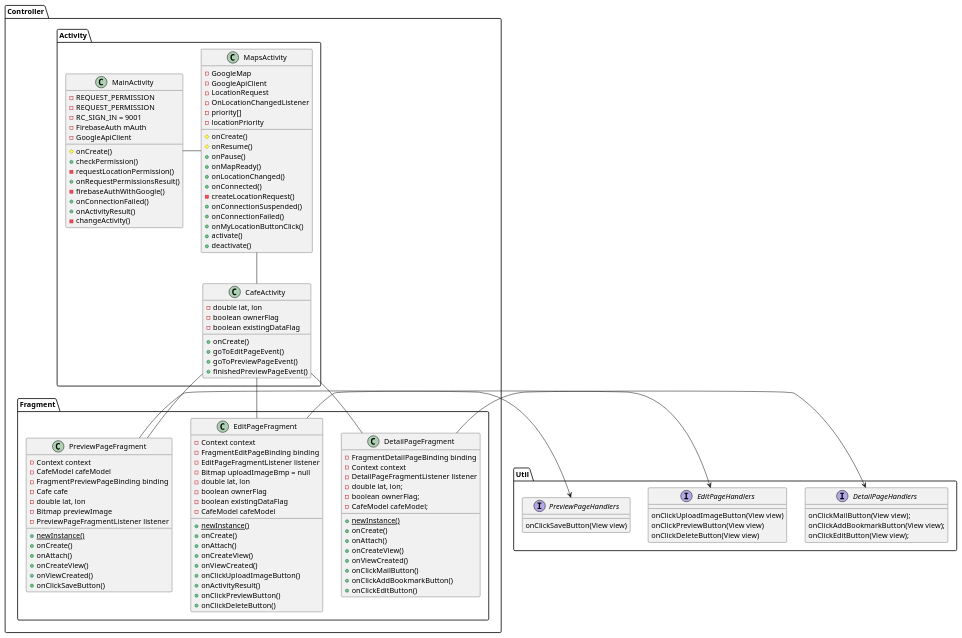
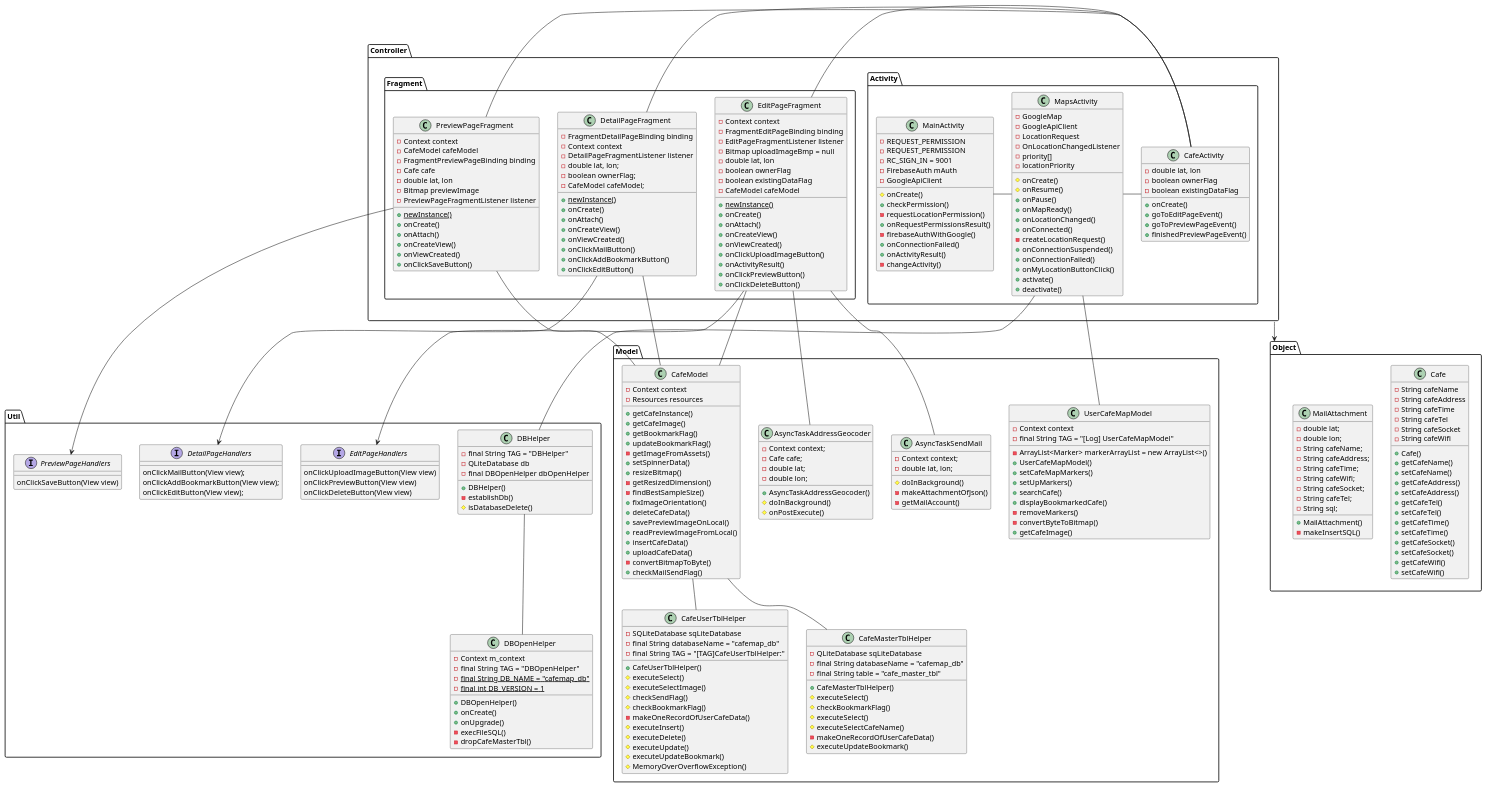
One commit to mustanghippie/CafeMap changed the diagram in app/src/main/java/drgn/cafemap/Diagram/ClassDiagram.puml. Above: the diagram before and after it, drawn with PlantUML. The commit also changed 10 other files, not shown here.

Commit message:
update uml

```diff
--- a/app/src/main/java/drgn/cafemap/Diagram/ClassDiagram.puml
+++ b/app/src/main/java/drgn/cafemap/Diagram/ClassDiagram.puml
@@ -131,14 +131,174 @@
     interface PreviewPageHandlers{
         onClickSaveButton(View view)
     }
+
+    class DBHelper{
+        -final String TAG = "DBHelper"
+        -QLiteDatabase db
+        -final DBOpenHelper dbOpenHelper
+        +DBHelper()
+        -establishDb()
+        #isDatabaseDelete()
+    }
+
+    class DBOpenHelper{
+        -Context m_context
+        -final String TAG = "DBOpenHelper"
+        -{static} final String DB_NAME = "cafemap_db"
+        -{static} final int DB_VERSION = 1
+        +DBOpenHelper()
+        +onCreate()
+        +onUpgrade()
+        -execFileSQL()
+        -dropCafeMasterTbl()
+    }
+}
+
+package Model{
+
+    class UserCafeMapModel{
+        -Context context
+        -ArrayList<Marker> markerArrayList = new ArrayList<>()
+        -final String TAG = "[Log] UserCafeMapModel"
+        +UserCafeMapModel()
+        +setCafeMapMarkers()
+        +setUpMarkers()
+        +searchCafe()
+        +displayBookmarkedCafe()
+        -removeMarkers()
+        -convertByteToBitmap()
+        +getCafeImage()
+    }
+
+    class CafeMasterTblHelper{
+        -QLiteDatabase sqLiteDatabase
+        -final String databaseName = "cafemap_db"
+        -final String table = "cafe_master_tbl"
+        +CafeMasterTblHelper()
+        #executeSelect()
+        #checkBookmarkFlag()
+        #executeSelect()
+        #executeSelectCafeName()
+        -makeOneRecordOfUserCafeData()
+        #executeUpdateBookmark()
+    }
+
+    class CafeUserTblHelper{
+        -SQLiteDatabase sqLiteDatabase
+        -final String databaseName = "cafemap_db"
+        -final String TAG = "[TAG]CafeUserTblHelper:"
+        +CafeUserTblHelper()
+        #executeSelect()
+        #executeSelectImage()
+        #checkSendFlag()
+        #checkBookmarkFlag()
+        -makeOneRecordOfUserCafeData()
+        #executeInsert()
+        #executeDelete()
+        #executeUpdate()
+        #executeUpdateBookmark()
+        #MemoryOverOverflowException()
+    }
+
+    class CafeModel{
+        -Context context
+        -Resources resources
+        +getCafeInstance()
+        +getCafeImage()
+        +getBookmarkFlag()
+        +updateBookmarkFlag()
+        -getImageFromAssets()
+        +setSpinnerData()
+        +resizeBitmap()
+        -getResizedDimension()
+        -findBestSampleSize()
+        +fixImageOrientation()
+        +deleteCafeData()
+        +savePreviewImageOnLocal()
+        +readPreviewImageFromLocal()
+        +insertCafeData()
+        +uploadCafeData()
+        -convertBitmapToByte()
+        +checkMailSendFlag()
+    }
+
+    class AsyncTaskAddressGeocoder{
+        -Context context;
+        -Cafe cafe;
+        -double lat;
+        -double lon;
+        +AsyncTaskAddressGeocoder()
+        #doInBackground()
+        #onPostExecute()
+    }
+
+    class AsyncTaskSendMail{
+        -Context context;
+        -double lat, lon;
+        #doInBackground()
+        -makeAttachmentOfJson()
+        -getMailAccount()
+    }
+}
+
+package Object{
+
+    class Cafe{
+        -String cafeName
+        -String cafeAddress
+        -String cafeTime
+        -String cafeTel
+        -String cafeSocket
+        -String cafeWifi
+        +Cafe()
+        +getCafeName()
+        +setCafeName()
+        +getCafeAddress()
+        +setCafeAddress()
+        +getCafeTel()
+        +setCafeTel()
+        +getCafeTime()
+        +setCafeTime()
+        +getCafeSocket()
+        +setCafeSocket()
+        +getCafeWifi()
+        +setCafeWifi()
+    }
+
+    class MailAttachment{
+        -double lat;
+        -double lon;
+        -String cafeName;
+        -String cafeAddress;
+        -String cafeTime;
+        -String cafeWifi;
+        -String cafeSocket;
+        -String cafeTel;
+        -String sql;
+        +MailAttachment()
+        -makeInsertSQL()
+    }
 }
 
 MainActivity - MapsActivity
-MapsActivity -- CafeActivity
-CafeActivity -- DetailPageFragment
+MapsActivity - CafeActivity
+CafeActivity - DetailPageFragment
 DetailPageFragment -> DetailPageHandlers
-CafeActivity -- EditPageFragment
+CafeActivity - EditPageFragment
 EditPageFragment -> EditPageHandlers
-CafeActivity -- PreviewPageFragment
+CafeActivity - PreviewPageFragment
 PreviewPageFragment -> PreviewPageHandlers
+DetailPageFragment -- CafeModel
+EditPageFragment -- CafeModel
+PreviewPageFragment -- CafeModel
+CafeModel -- CafeMasterTblHelper
+CafeModel -- CafeUserTblHelper
+MapsActivity -- UserCafeMapModel
+EditPageFragment - AsyncTaskAddressGeocoder
+EditPageFragment -- AsyncTaskSendMail
+MapsActivity -- DBHelper
+DBHelper -- DBOpenHelper
+
+Controller --> Object
+
 @enduml
```
